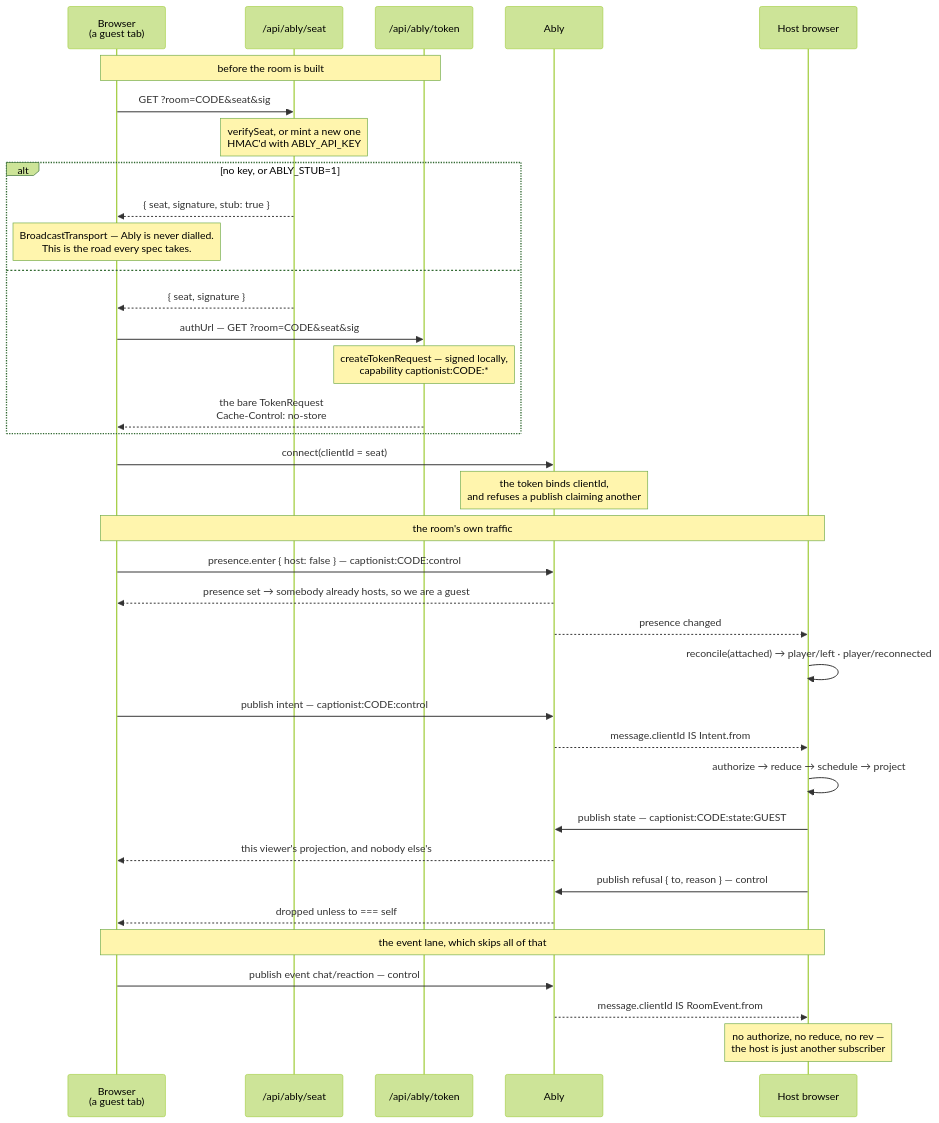
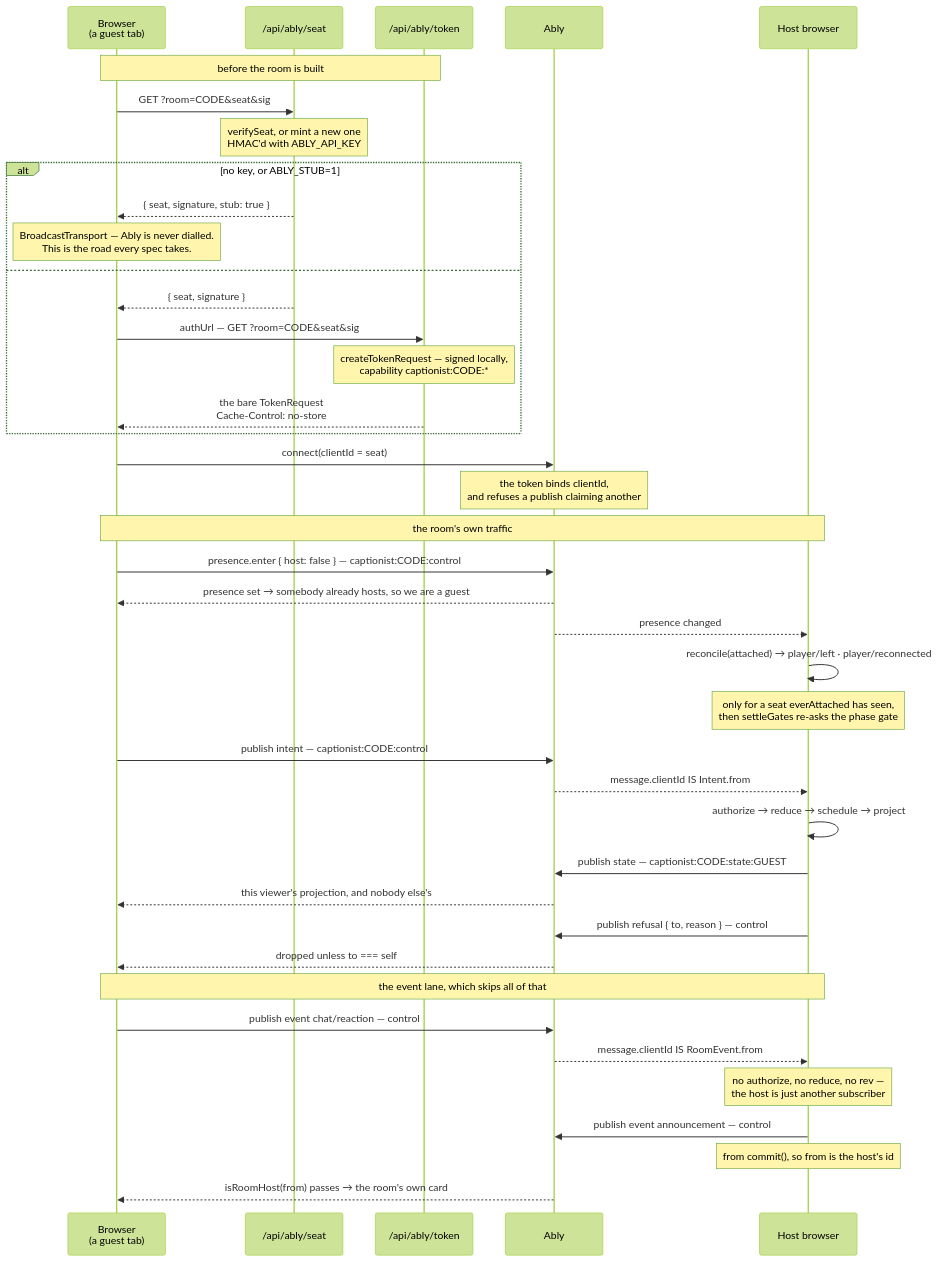
Diagram 12 of 12 in docs/architecture.md (Jmeza081/captionist), drawn with Mermaid (forest theme) before and after one commit. The commit also changed other lines of this file and 55 other files, not shown here.

````diff
--- a/docs/architecture.md
+++ b/docs/architecture.md
@@ -2526,42 +2821,46 @@
 ```mermaid
 sequenceDiagram
   participant B as Browser<br/>(a guest tab)
   participant S as /api/ably/seat
   participant R as /api/ably/token
   participant A as Ably
   participant H as Host browser
 
   Note over B,R: before the room is built
   B->>S: GET ?room=CODE&seat&sig
   Note over S: verifySeat, or mint a new one<br/>HMAC'd with ABLY_API_KEY
   alt no key, or ABLY_STUB=1
     S-->>B: { seat, signature, stub: true }
     Note over B: BroadcastTransport — Ably is never dialled.<br/>This is the road every spec takes.
   else
     S-->>B: { seat, signature }
     B->>R: authUrl — GET ?room=CODE&seat&sig
     Note over R: createTokenRequest — signed locally,<br/>capability captionist:CODE:*
     R-->>B: the bare TokenRequest<br/>Cache-Control: no-store
   end
 
   B->>A: connect(clientId = seat)
   Note over A: the token binds clientId,<br/>and refuses a publish claiming another
 
   Note over B,H: the room's own traffic
   B->>A: presence.enter { host: false } — captionist:CODE:control
   A-->>B: presence set → somebody already hosts, so we are a guest
   A-->>H: presence changed
   H->>H: reconcile(attached) → player/left · player/reconnected
+  Note over H: only for a seat everAttached has seen,<br/>then settleGates re-asks the phase gate
   B->>A: publish intent — captionist:CODE:control
   A-->>H: message.clientId IS Intent.from
   H->>H: authorize → reduce → schedule → project
   H->>A: publish state — captionist:CODE:state:GUEST
   A-->>B: this viewer's projection, and nobody else's
   H->>A: publish refusal { to, reason } — control
   A-->>B: dropped unless to === self
 
   Note over B,H: the event lane, which skips all of that
   B->>A: publish event chat/reaction — control
   A-->>H: message.clientId IS RoomEvent.from
   Note over H: no authorize, no reduce, no rev —<br/>the host is just another subscriber
+  H->>A: publish event announcement — control
+  Note over H: from commit(), so from is the host's id
+  A-->>B: isRoomHost(from) passes → the room's own card
 ```
````
